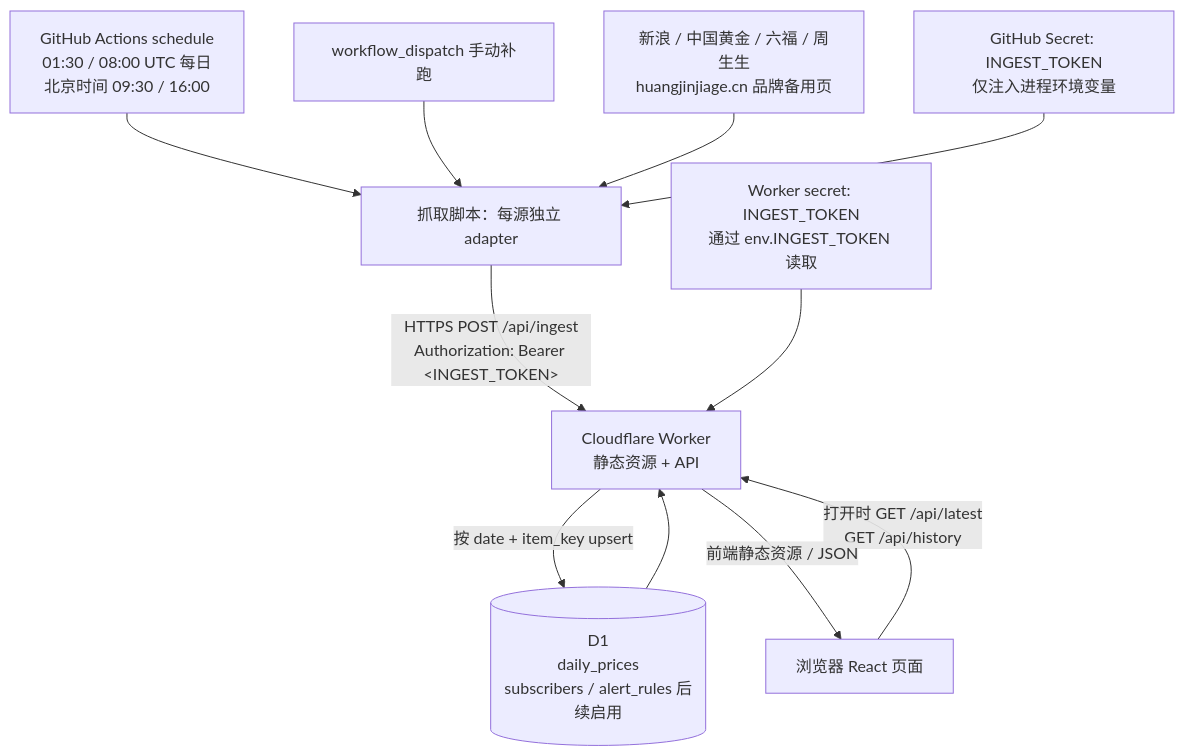
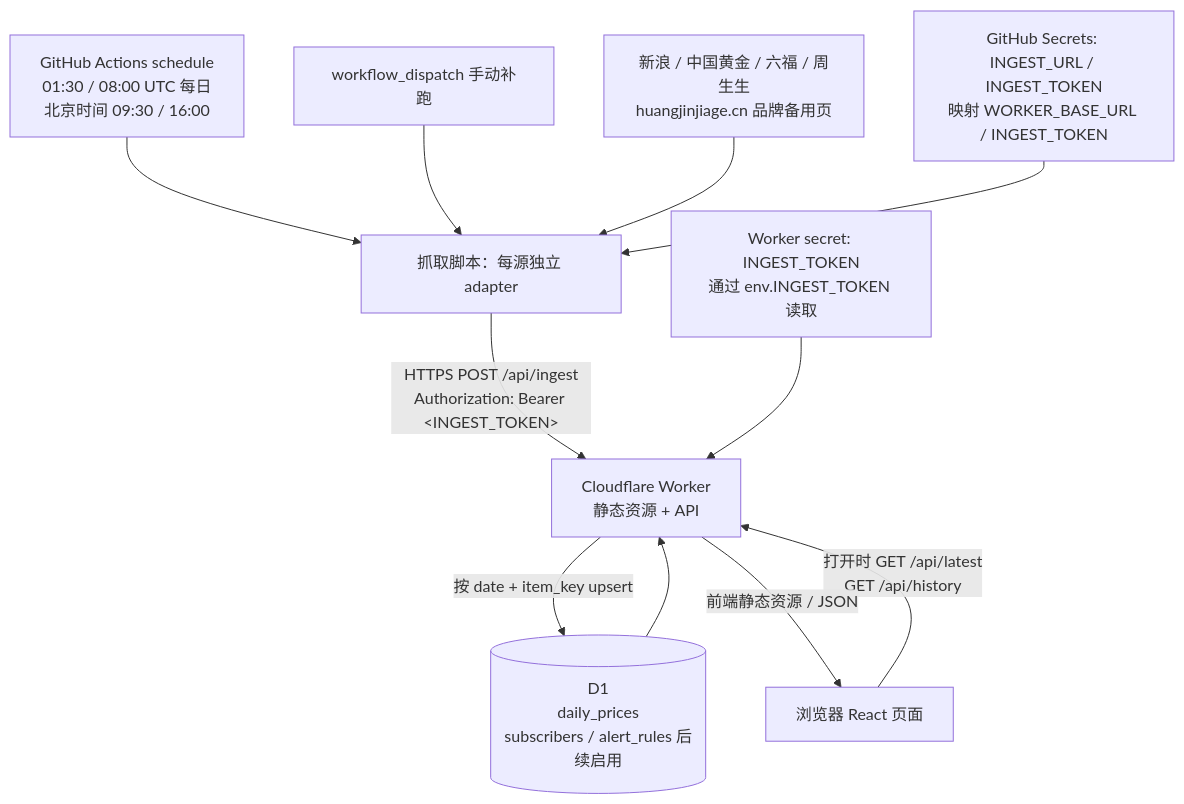
One commit to tyler4400/gold-price changed the diagram in docs/architecture.md. Above: the diagram before and after it, drawn with Mermaid. The commit also changed other lines of this file and 5 other files, not shown here.

````diff
--- a/docs/architecture.md
+++ b/docs/architecture.md
@@ -9,13 +9,13 @@
 ```mermaid
 flowchart TD
     Schedule["GitHub Actions schedule<br/>01:30 / 08:00 UTC 每日<br/>北京时间 09:30 / 16:00"] --> Job["抓取脚本：每源独立 adapter"]
     Manual["workflow_dispatch 手动补跑"] --> Job
     Sources["新浪 / 中国黄金 / 六福 / 周生生<br/>huangjinjiage.cn 品牌备用页"] --> Job
-    GHSecret["GitHub Secret: INGEST_TOKEN<br/>仅注入进程环境变量"] --> Job
+    GHSecret["GitHub Secrets: INGEST_URL / INGEST_TOKEN<br/>映射 WORKER_BASE_URL / INGEST_TOKEN"] --> Job
     Job -->|"HTTPS POST /api/ingest<br/>Authorization: Bearer &lt;INGEST_TOKEN&gt;"| Worker["Cloudflare Worker<br/>静态资源 + API"]
     WorkerSecret["Worker secret: INGEST_TOKEN<br/>通过 env.INGEST_TOKEN 读取"] --> Worker
     Worker -->|"按 date + item_key upsert"| D1[("D1<br/>daily_prices<br/>subscribers / alert_rules 后续启用")]
     Page["浏览器 React 页面"] -->|"打开时 GET /api/latest<br/>GET /api/history"| Worker
     Worker -->|"前端静态资源 / JSON"| Page
     D1 --> Worker
 ```
````
